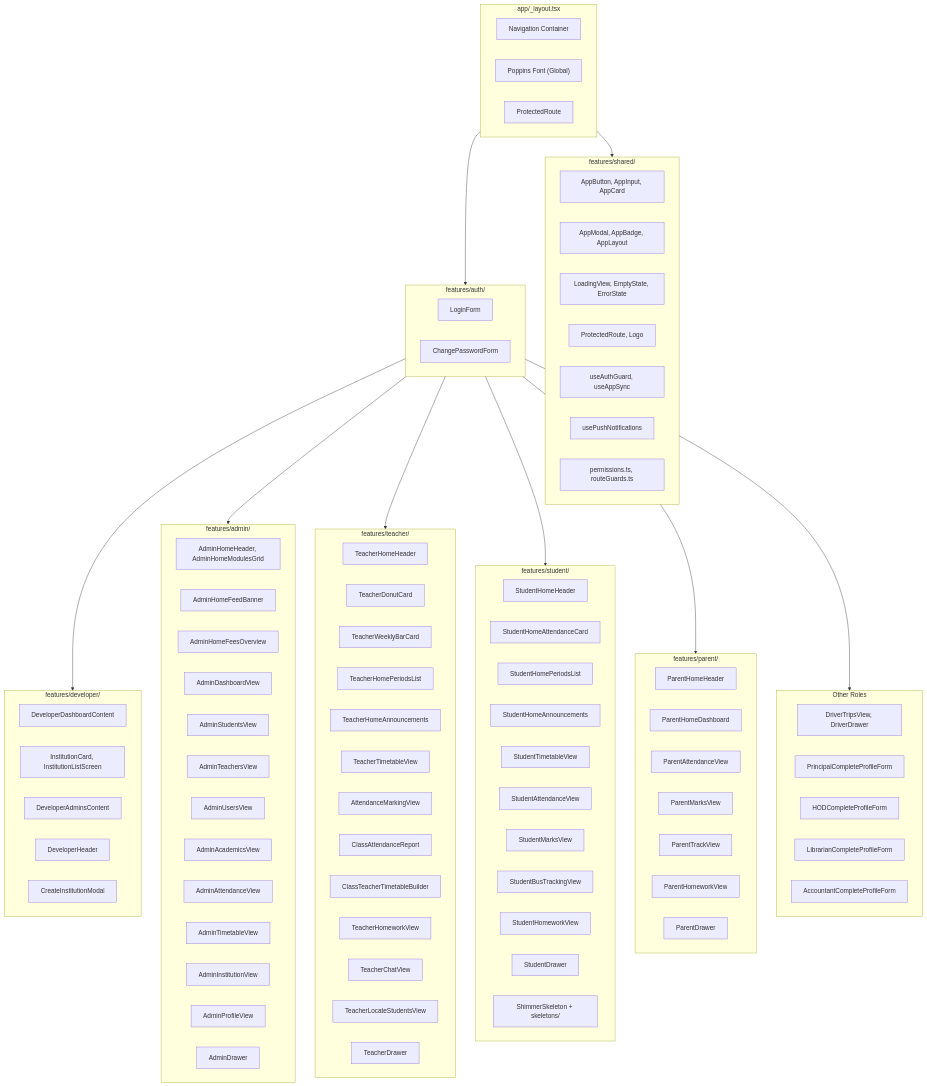
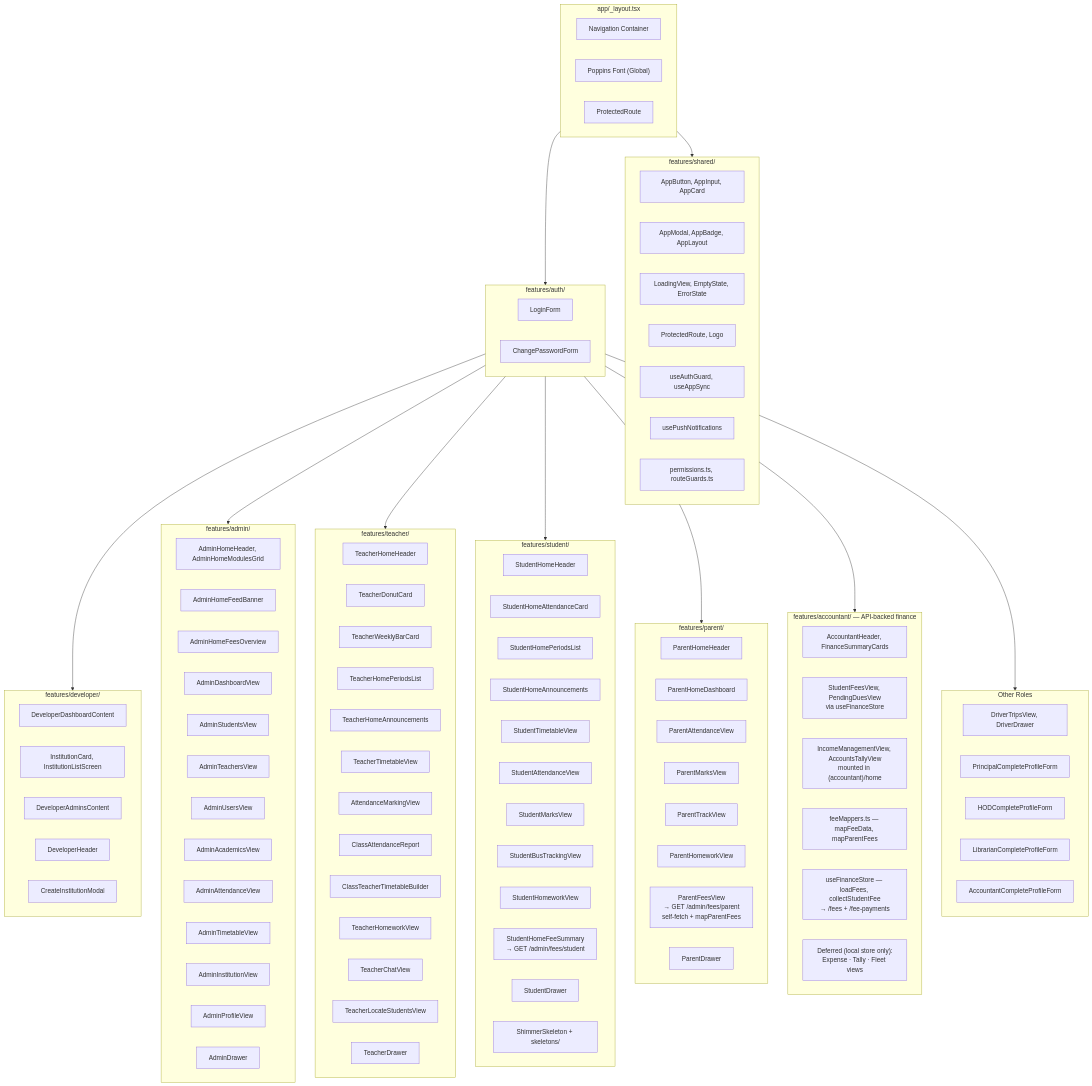
One commit to schoolsolutionfound/schoolerpsystem changed the tenth of 15 diagrams in ARCHITECTURE.md. Above: the diagram before and after it, drawn with Mermaid. The commit also changed other lines of this file and 186 other files, not shown here.

````diff
--- a/ARCHITECTURE.md
+++ b/ARCHITECTURE.md
@@ -816,6 +879,7 @@
         SMV["StudentMarksView"]
         SBT["StudentBusTrackingView"]
         SHWV["StudentHomeworkView"]
+        SFEE["StudentHomeFeeSummary<br/>→ GET /admin/fees/student"]
         SDR["StudentDrawer"]
         SKEL["ShimmerSkeleton + skeletons/"]
     end
@@ -827,7 +891,17 @@
         PMV["ParentMarksView"]
         PTR["ParentTrackView"]
         PHWV["ParentHomeworkView"]
+        PFEE["ParentFeesView<br/>→ GET /admin/fees/parent<br/>self-fetch + mapParentFees"]
         PDR["ParentDrawer"]
+    end
+
+    subgraph Accountant["features/accountant/ — API-backed finance"]
+        CH["AccountantHeader, FinanceSummaryCards"]
+        CF1["StudentFeesView, PendingDuesView<br/>via useFinanceStore"]
+        CF2["IncomeManagementView, AccountsTallyView<br/>mounted in (accountant)/home"]
+        CM["feeMappers.ts — mapFeeData, mapParentFees"]
+        CS["useFinanceStore — loadFees, collectStudentFee<br/>→ /fees + /fee-payments"]
+        CD["Deferred (local store only):<br/>Expense · Tally · Fleet views"]
     end
 
     subgraph Other["Other Roles"]
@@ -845,5 +919,6 @@
     Auth --> Teacher
     Auth --> Student
     Auth --> Parent
+    Auth --> Accountant
     Auth --> Other
 ```
````
